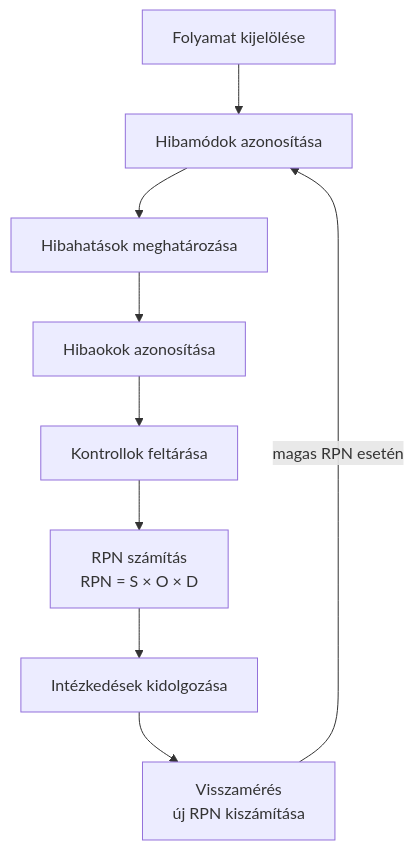
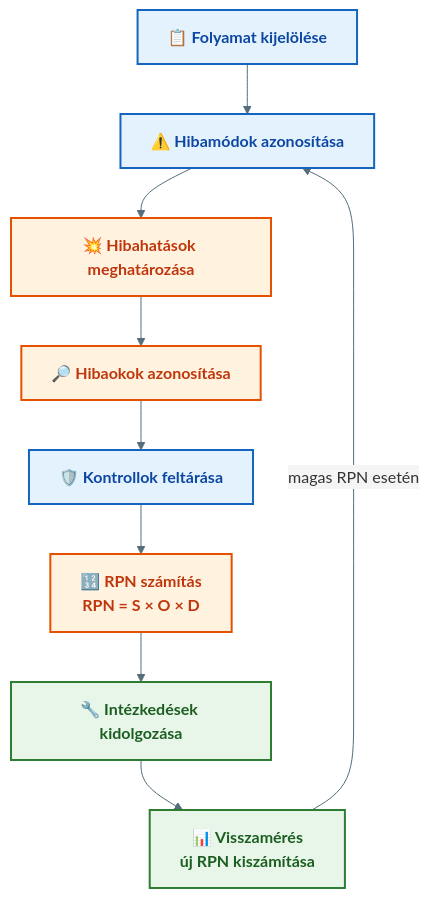
Before and after one commit to denespocsik/MM_BSC_Zarovizsga: the diagram in Tételek/V04-GMXSF2MBLF-Kockázatkezelés és FMEA.tétel.md, drawn with Mermaid. The commit also changed 7 other files, not shown here.

First line of the commit message:
style(V01-V05): Mermaid diagram stílus egységesítése a V11-V12 mintájára

````diff
--- a/Tételek/V04-GMXSF2MBLF-Kockázatkezelés és FMEA.tétel.md
+++ b/Tételek/V04-GMXSF2MBLF-Kockázatkezelés és FMEA.tétel.md
@@ -21,11 +21,16 @@
 ```mermaid
+%%{init: {'theme': 'base', 'themeVariables': {'primaryColor': '#E3F2FD', 'primaryBorderColor': '#1565C0', 'lineColor': '#546E7A', 'edgeLabelBackground': '#F5F5F5'}}}%%
 flowchart TD
-    A[Folyamat kijelölése] --> B[Hibamódok azonosítása]
-    B --> C[Hibahatások meghatározása]
-    C --> D[Hibaokok azonosítása]
-    D --> E[Kontrollok feltárása]
-    E --> F["RPN számítás<br/>RPN = S × O × D"]
-    F --> G[Intézkedések kidolgozása]
-    G --> H["Visszamérés<br/>új RPN kiszámítása"]
+    classDef analysis fill:#E3F2FD,stroke:#1565C0,stroke-width:2px,color:#0D47A1,font-weight:bold
+    classDef risk     fill:#FFF3E0,stroke:#E65100,stroke-width:2px,color:#BF360C,font-weight:bold
+    classDef action   fill:#E8F5E9,stroke:#2E7D32,stroke-width:2px,color:#1B5E20,font-weight:bold
+
+    A["📋 Folyamat kijelölése"]:::analysis --> B["⚠️ Hibamódok azonosítása"]:::analysis
+    B --> C["💥 Hibahatások meghatározása"]:::risk
+    C --> D["🔎 Hibaokok azonosítása"]:::risk
+    D --> E["🛡️ Kontrollok feltárása"]:::analysis
+    E --> F["🔢 RPN számítás<br/>RPN = S × O × D"]:::risk
+    F --> G["🔧 Intézkedések kidolgozása"]:::action
+    G --> H["📊 Visszamérés<br/>új RPN kiszámítása"]:::action
     H -- "magas RPN esetén" --> B
 ```
````
